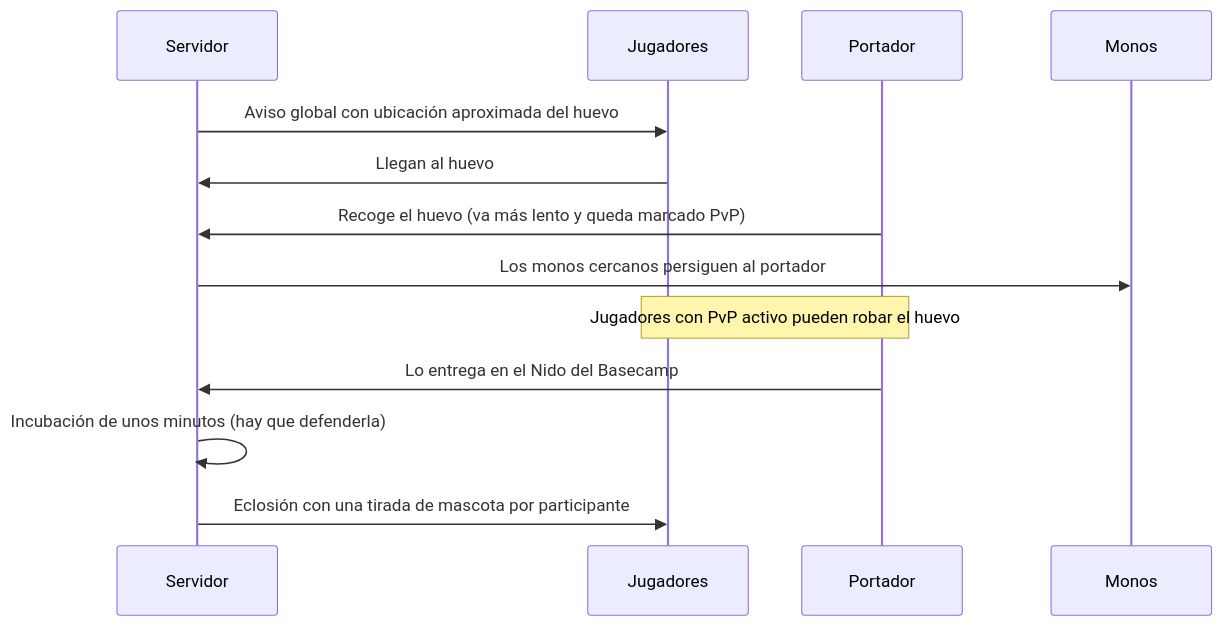
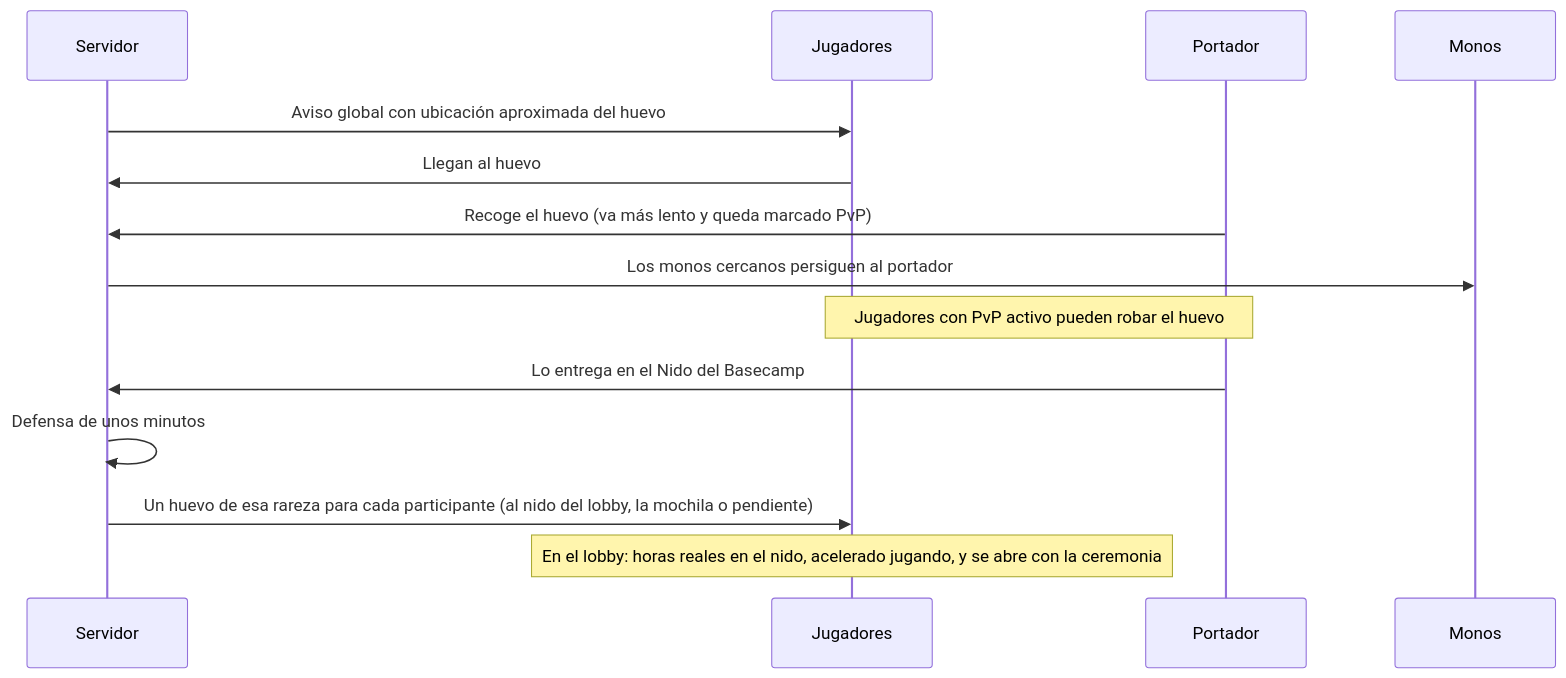
The seventh of 7 diagrams in docs/GDD.md (Discosofia/Monkey_Island_2026), drawn with Mermaid before and after one commit. The commit also changed other lines of this file and 2 other files, not shown here.

Commit message:
Documentación del bucle de retención: GDD (bucle, huevo y nido, economía), pruebas en VERIFICACION y fase 6b en el plan

````diff
--- a/docs/GDD.md
+++ b/docs/GDD.md
@@ -552,15 +585,16 @@
 ```mermaid
 sequenceDiagram
   participant S as Servidor
   participant J as Jugadores
   participant P as Portador
   participant M as Monos
   S->>J: Aviso global con ubicación aproximada del huevo
   J->>S: Llegan al huevo
   P->>S: Recoge el huevo (va más lento y queda marcado PvP)
   S->>M: Los monos cercanos persiguen al portador
   Note over P,J: Jugadores con PvP activo pueden robar el huevo
   P->>S: Lo entrega en el Nido del Basecamp
-  S->>S: Incubación de unos minutos (hay que defenderla)
-  S->>J: Eclosión con una tirada de mascota por participante
+  S->>S: Defensa de unos minutos
+  S->>J: Un huevo de esa rareza para cada participante (al nido del lobby, la mochila o pendiente)
+  Note over J: En el lobby: horas reales en el nido, acelerado jugando, y se abre con la ceremonia
 ```
````
